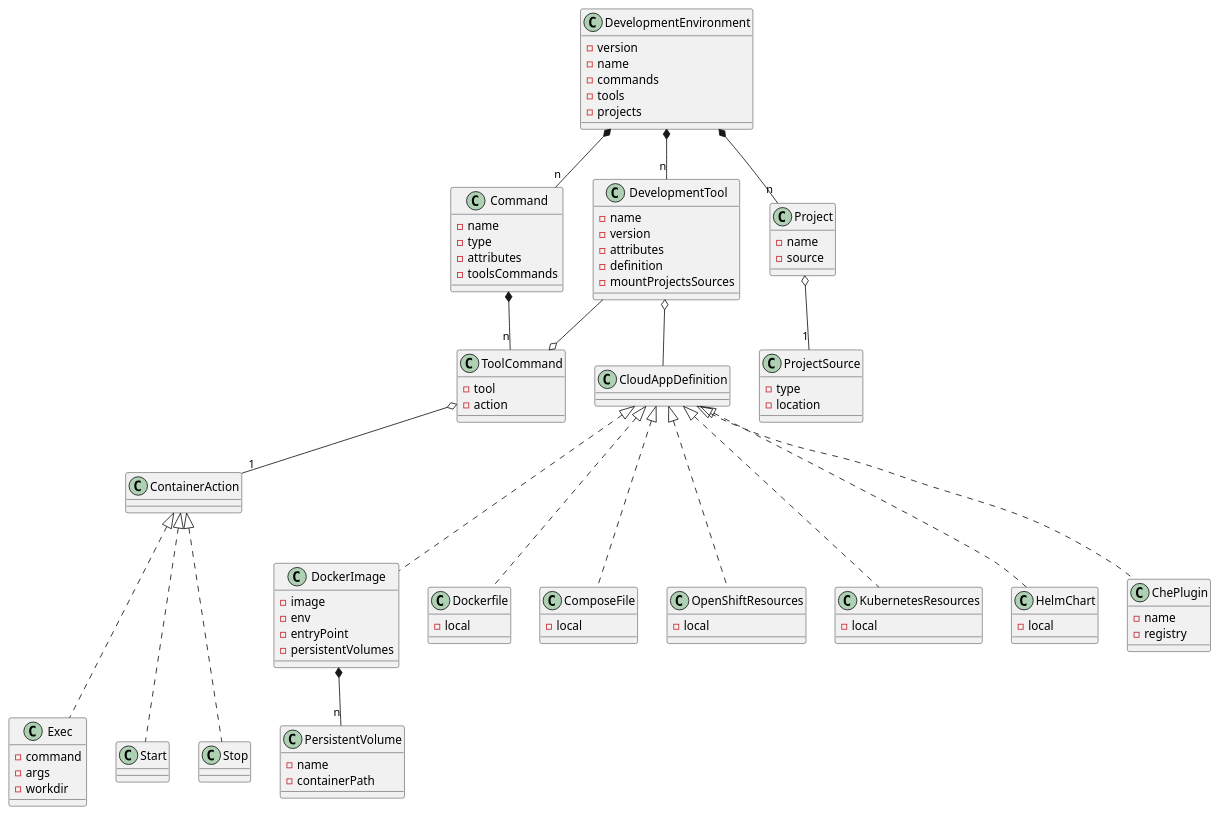
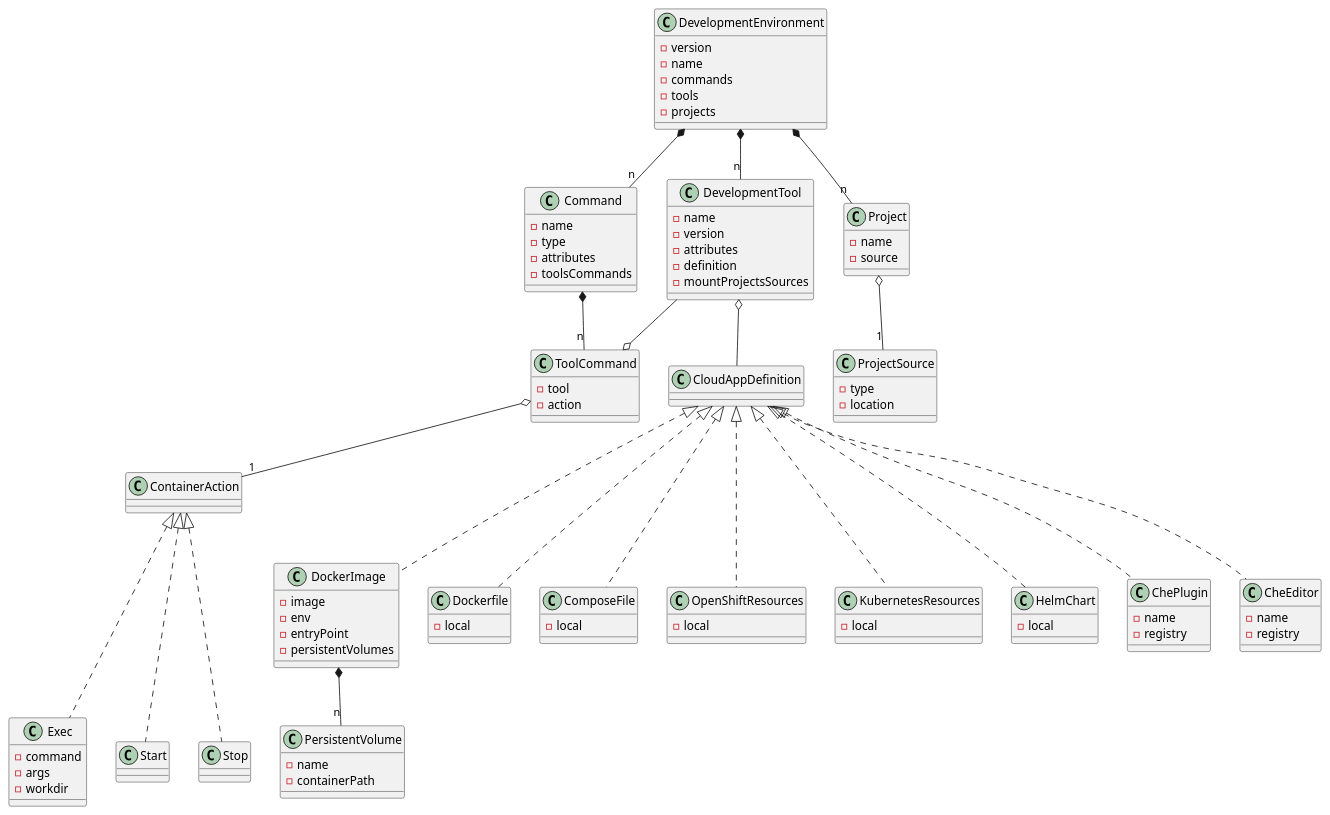
The diagram in devfile.plantuml (redhat-developer/devfile), drawn with PlantUML before and after one commit. The commit also changed 2 other files, not shown here.

Commit message:
Add CheEditor

```diff
--- a/devfile.plantuml
+++ b/devfile.plantuml
@@ -1,128 +1,134 @@
 @startuml devfile
 
 class DevelopmentEnvironment {
   - version
   - name
   - commands
   - tools
   - projects
 }
 
 together {
   class DevelopmentTool
   class Command
   class Project
 }
 
 together {
   class ToolCommand
   class CloudAppDefinition
 }
 
 DevelopmentEnvironment *-- "n" DevelopmentTool
 DevelopmentEnvironment *-- "n" Command
 DevelopmentEnvironment *-- "n" Project
 
 class DevelopmentTool {
     - name
     - version
     - attributes
     - definition
     - mountProjectsSources
 }
 
 DevelopmentTool o-- CloudAppDefinition
 
 CloudAppDefinition <|-.. DockerImage
 CloudAppDefinition <|-.. Dockerfile
 CloudAppDefinition <|-.. ComposeFile
 CloudAppDefinition <|-.. OpenShiftResources
 CloudAppDefinition <|-.. KubernetesResources
 CloudAppDefinition <|-.. HelmChart
 CloudAppDefinition <|-.. ChePlugin
+CloudAppDefinition <|-.. CheEditor
 
 class Command {
   - name
   - type
   - attributes
   - toolsCommands
 }
 
 Command *-- "n" ToolCommand
 ToolCommand o-- DevelopmentTool
 
 class ToolCommand {
   - tool
   - action
 }
 
 ToolCommand o-- "1" ContainerAction
 
 ContainerAction <|-..Exec
 ContainerAction <|-..Start
 ContainerAction <|-..Stop
 
 together {
   class Exec
   class Start
   class Stop
 }
 
 class Exec {
   - command
   - args
   - workdir
 }
 
 class Project {
   - name
   - source
 }
 
 Project o-- "1" ProjectSource
 
 class ProjectSource {
   - type
   - location
 }
 
 class DockerImage {
   - image
   - env
   - entryPoint
   - persistentVolumes
 }
 
 DockerImage *-- "n" PersistentVolume
 
 class PersistentVolume {
   - name
   - containerPath
 }
 
 class ComposeFile {
   - local
 }
 
 class Dockerfile {
   - local
 }
 
 class OpenShiftResources {
   - local
 }
 
 class KubernetesResources {
   - local
 }
 
 class HelmChart {
   - local
 }
 
 class ChePlugin {
   - name
   - registry
 }
 
+class CheEditor {
+  - name
+  - registry
+}
+
 @enduml
```
